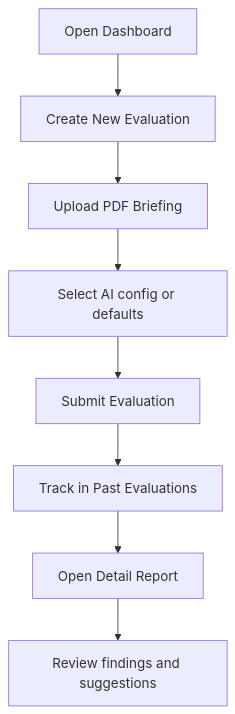
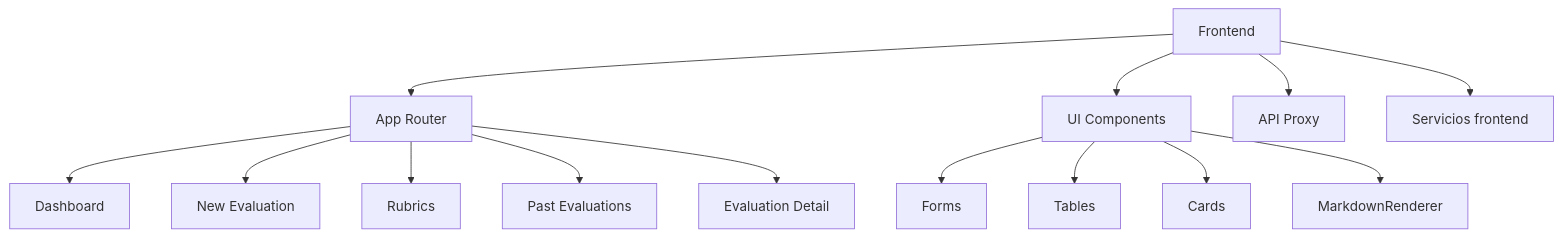
The second of 4 diagrams in frontend/README.md (Bootcamp-IA-P5/ai-repo-evaluator), drawn with Mermaid before and after one commit. The commit also changed other lines of this file, not shown here.

Commit message:
docs(frontend): rewrite README for junior-friendly visual onboarding

````diff
--- a/frontend/README.md
+++ b/frontend/README.md
@@ -129,10 +83,18 @@
 ```mermaid
 flowchart TD
-  A[Open Dashboard] --> B[Create New Evaluation]
-  B --> C[Upload PDF Briefing]
-  C --> D[Select AI config or defaults]
-  D --> E[Submit Evaluation]
-  E --> F[Track in Past Evaluations]
-  F --> G[Open Detail Report]
-  G --> H[Review findings and suggestions]
+  A[Frontend] --> B[App Router]
+  A --> C[UI Components]
+  A --> D[API Proxy]
+  A --> E[Servicios frontend]
+
+  B --> B1[Dashboard]
+  B --> B2[New Evaluation]
+  B --> B3[Rubrics]
+  B --> B4[Past Evaluations]
+  B --> B5[Evaluation Detail]
+
+  C --> C1[Forms]
+  C --> C2[Tables]
+  C --> C3[Cards]
+  C --> C4[MarkdownRenderer]
 ```
````
